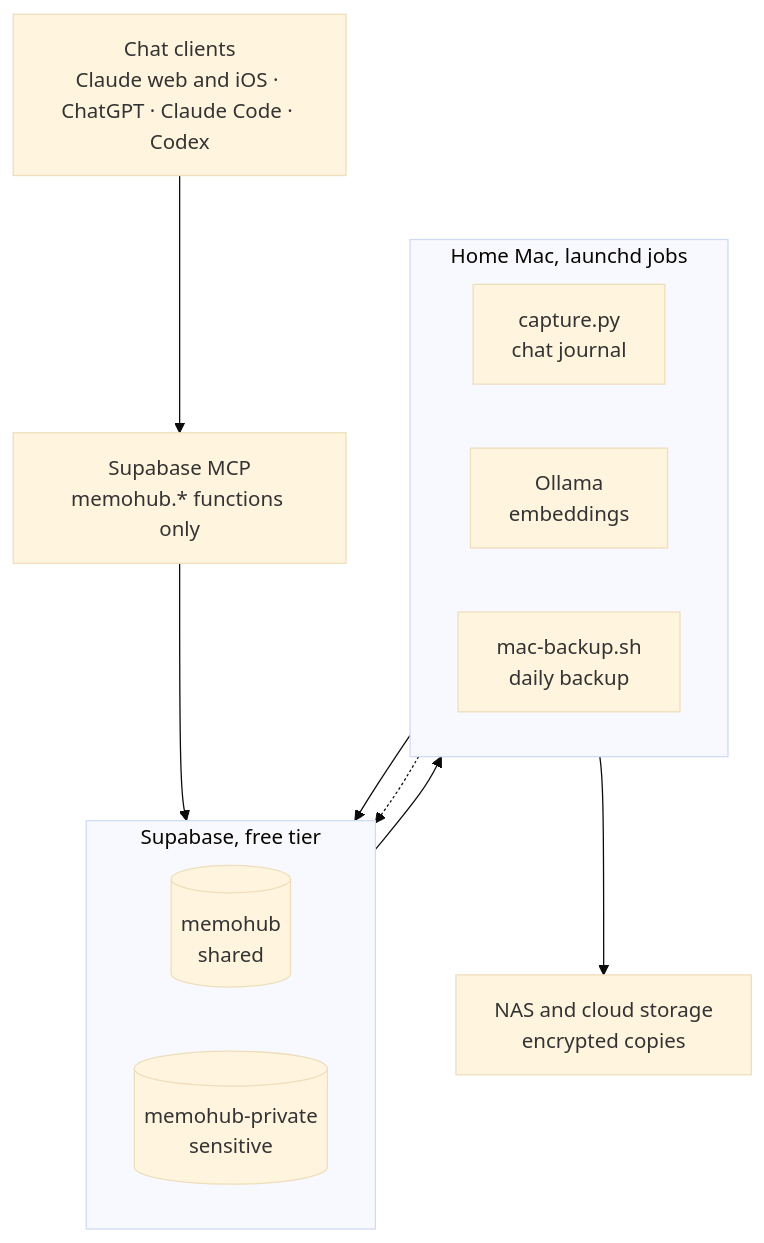
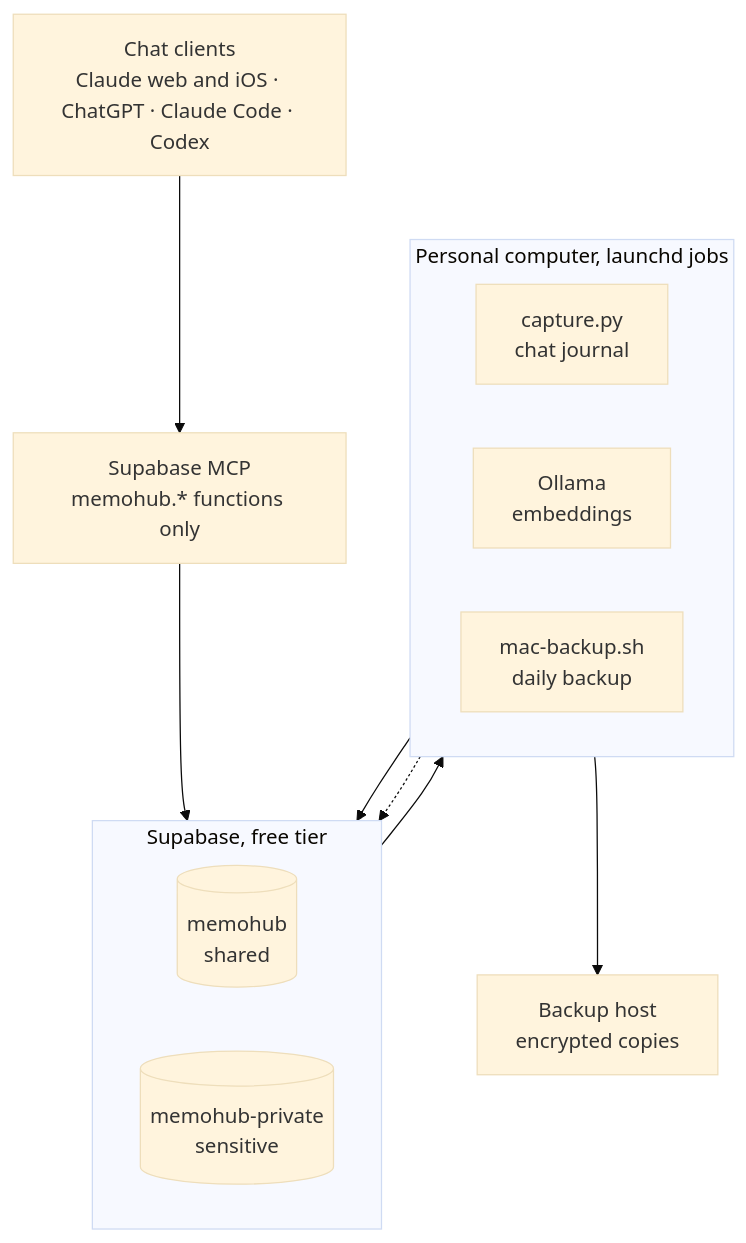
One commit to max-dataguru/memohub changed the diagram in README.md. Above: the diagram before and after it, drawn with Mermaid (base theme). The commit also changed other lines of this file and 25 other files, not shown here.

Commit message:
Describe devices and the backup host in generic terms

````diff
--- a/README.md
+++ b/README.md
@@ -11,26 +11,26 @@
 ```mermaid
 flowchart TB
   clients["Chat clients<br/>Claude web and iOS · ChatGPT · Claude Code · Codex"]
 
   mcp["Supabase MCP<br/>memohub.* functions only"]
 
   subgraph db["Supabase, free tier"]
     direction LR
     shared[("memohub<br/>shared")]
     private[("memohub-private<br/>sensitive")]
   end
 
-  subgraph mac["Home Mac, launchd jobs"]
+  subgraph mac["Personal computer, launchd jobs"]
     direction LR
     capture["capture.py<br/>chat journal"]
     ollama["Ollama<br/>embeddings"]
     backup["mac-backup.sh<br/>daily backup"]
   end
 
-  nas["NAS and cloud storage<br/>encrypted copies"]
+  nas["Backup host<br/>encrypted copies"]
 
   clients --> mcp --> db
   capture --> private
   ollama -.-> db
   db --> backup --> nas
 ```
````
